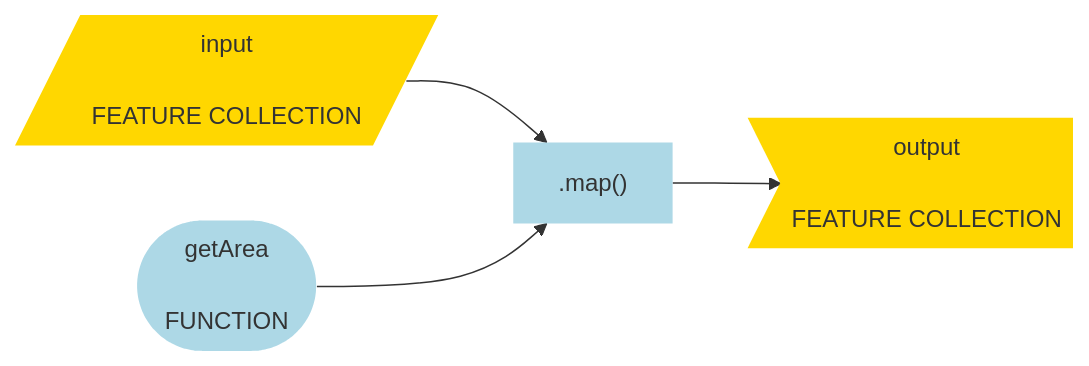
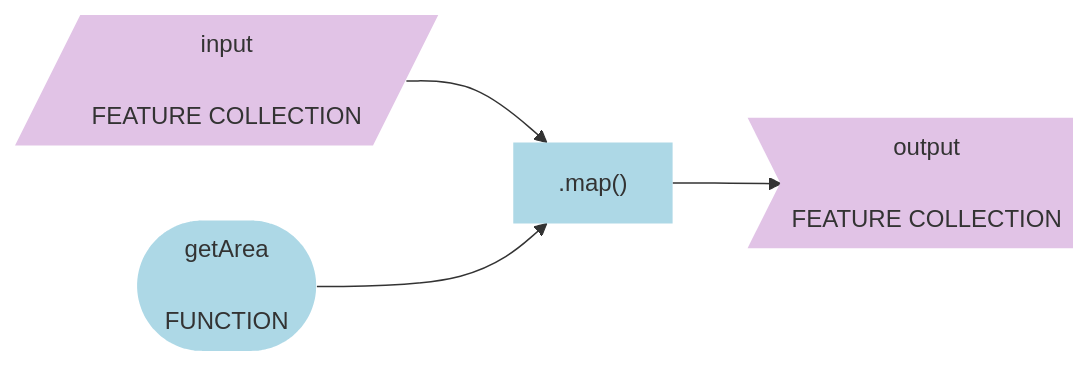
One commit to jeffhowarth/eeprimer changed diagram 15 of 17 in src/workflows/grassland_bird_habitat.md. Above: the diagram before and after it, drawn with Mermaid. The commit also changed other lines of this file and 5 other files, not shown here.

````diff
--- a/src/workflows/grassland_bird_habitat.md
+++ b/src/workflows/grassland_bird_habitat.md
@@ -637,12 +639,12 @@
 ``` mermaid
 graph LR
   input[/input\n\nFEATURE COLLECTION/] --> method2[".map()"];
   method2 --> output>output\n\nFEATURE COLLECTION];
 
   arg_att1([getArea\n\nFUNCTION]) --> method2;
 
-  style input fill:#FFD700,stroke-width:0px  
+  style input fill:#E1C3E6,stroke-width:0px  
   style method2 fill:#ADD8E6,stroke-width:0px
-  style output fill:#FFD700,stroke-width:0px
+  style output fill:#E1C3E6,stroke-width:0px
   style arg_att1 fill:#ADD8E6,stroke-width:0px
 ```
````
